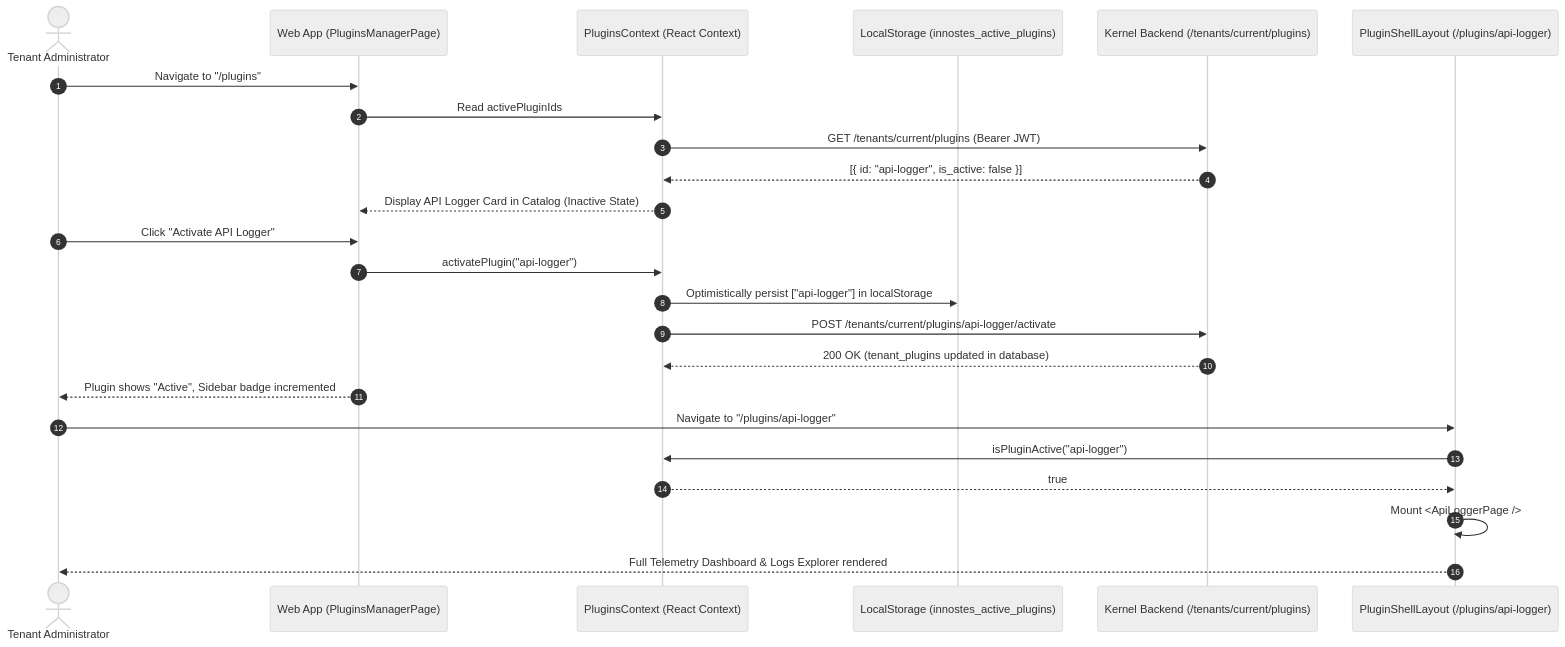
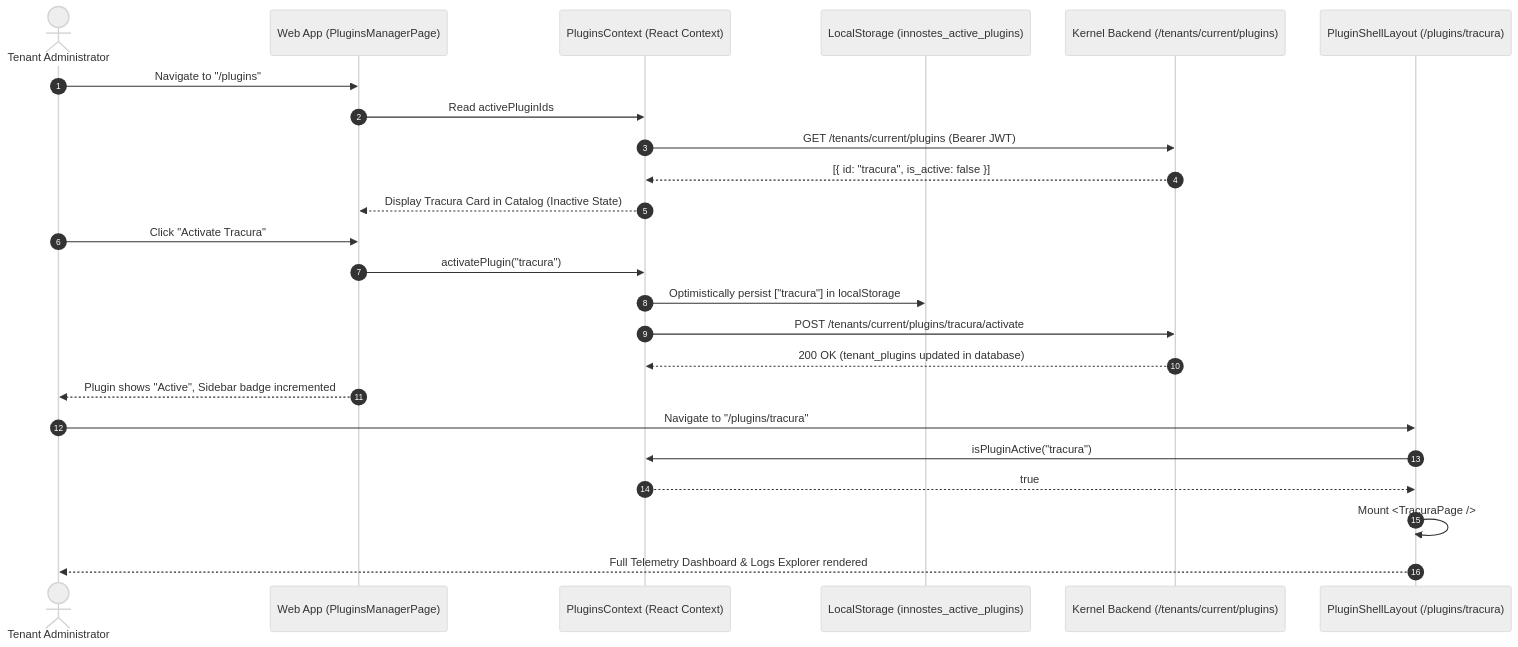
One commit to innostes-dev/erp changed the third of 5 diagrams in plugins/tracura/ARCHITECTURE.md. Above: the diagram before and after it, drawn with Mermaid (neutral theme). The commit also changed other lines of this file and 5 other files, not shown here.

Commit message:
docs(tracura): update comprehensive architecture, REST reference, and dev-docs guide

````diff
--- a/plugins/tracura/ARCHITECTURE.md
+++ b/plugins/tracura/ARCHITECTURE.md
@@ -554,29 +554,29 @@
 ```mermaid
 sequenceDiagram
     autonumber
     actor Admin as Tenant Administrator
     participant UI as Web App (PluginsManagerPage)
     participant Ctx as PluginsContext (React Context)
     participant Storage as LocalStorage (innostes_active_plugins)
     participant API as Kernel Backend (/tenants/current/plugins)
-    participant Shell as PluginShellLayout (/plugins/api-logger)
+    participant Shell as PluginShellLayout (/plugins/tracura)
 
     Admin->>UI: Navigate to "/plugins"
     UI->>Ctx: Read activePluginIds
     Ctx->>API: GET /tenants/current/plugins (Bearer JWT)
-    API-->>Ctx: [{ id: "api-logger", is_active: false }]
-    Ctx-->>UI: Display API Logger Card in Catalog (Inactive State)
+    API-->>Ctx: [{ id: "tracura", is_active: false }]
+    Ctx-->>UI: Display Tracura Card in Catalog (Inactive State)
 
-    Admin->>UI: Click "Activate API Logger"
-    UI->>Ctx: activatePlugin("api-logger")
-    Ctx->>Storage: Optimistically persist ["api-logger"] in localStorage
-    Ctx->>API: POST /tenants/current/plugins/api-logger/activate
+    Admin->>UI: Click "Activate Tracura"
+    UI->>Ctx: activatePlugin("tracura")
+    Ctx->>Storage: Optimistically persist ["tracura"] in localStorage
+    Ctx->>API: POST /tenants/current/plugins/tracura/activate
     API-->>Ctx: 200 OK (tenant_plugins updated in database)
     UI-->>Admin: Plugin shows "Active", Sidebar badge incremented
 
-    Admin->>Shell: Navigate to "/plugins/api-logger"
-    Shell->>Ctx: isPluginActive("api-logger")
+    Admin->>Shell: Navigate to "/plugins/tracura"
+    Shell->>Ctx: isPluginActive("tracura")
     Ctx-->>Shell: true
-    Shell->>Shell: Mount <ApiLoggerPage />
+    Shell->>Shell: Mount <TracuraPage />
     Shell-->>Admin: Full Telemetry Dashboard & Logs Explorer rendered
 ```
````
